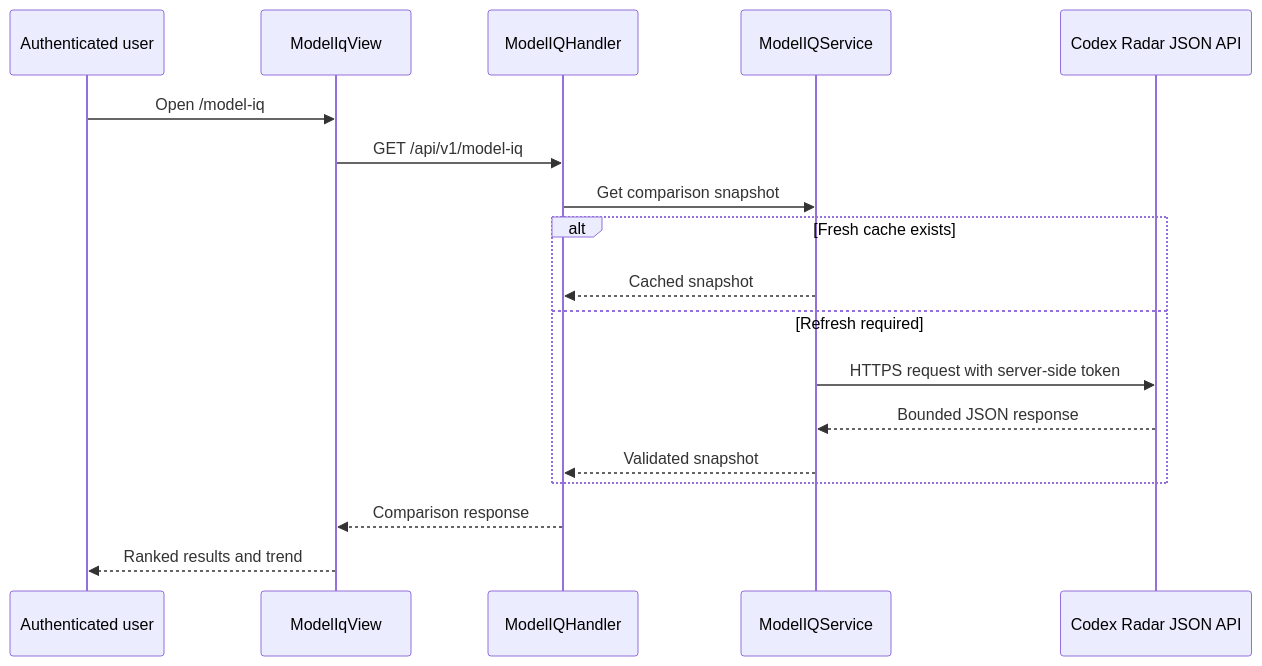
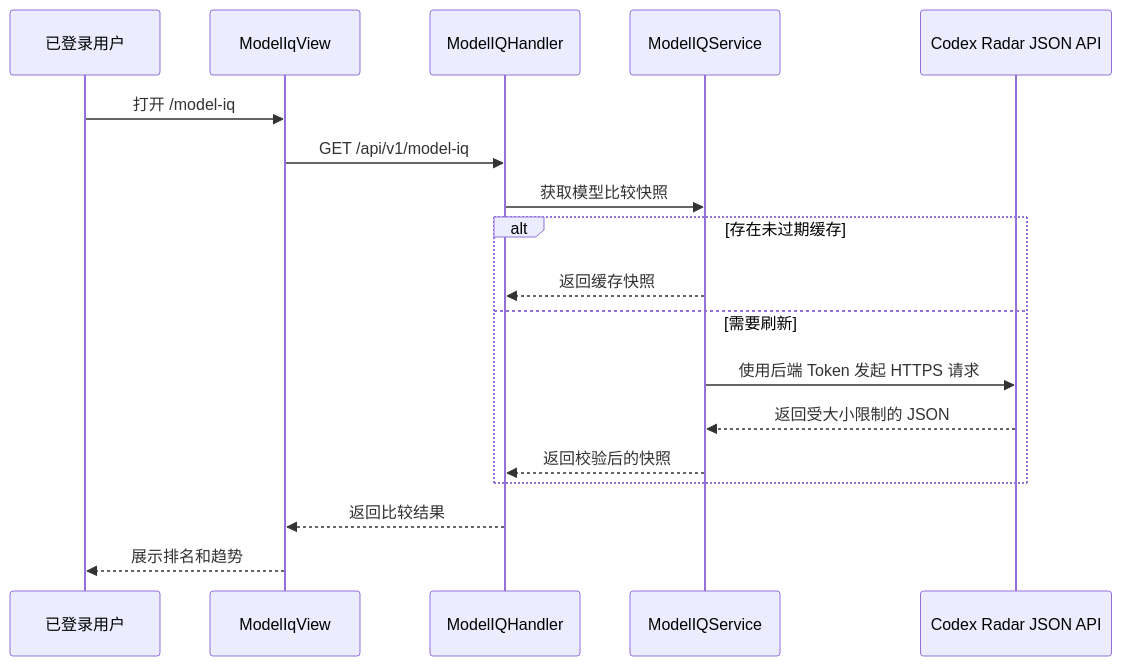
The second of 3 diagrams in README_US.md (Samuka007/sub2api), drawn with Mermaid before and after one commit. The commit also changed other lines of this file, not shown here.

Commit message:
docs: translate private architecture guide to Chinese

````diff
--- a/README_US.md
+++ b/README_US.md
@@ -232,21 +216,21 @@
 ```mermaid
 sequenceDiagram
-    participant U as Authenticated user
+    participant U as 已登录用户
     participant V as ModelIqView
     participant H as ModelIQHandler
     participant S as ModelIQService
     participant C as Codex Radar JSON API
 
-    U->>V: Open /model-iq
+    U->>V: 打开 /model-iq
     V->>H: GET /api/v1/model-iq
-    H->>S: Get comparison snapshot
-    alt Fresh cache exists
-        S-->>H: Cached snapshot
-    else Refresh required
-        S->>C: HTTPS request with server-side token
-        C-->>S: Bounded JSON response
-        S-->>H: Validated snapshot
+    H->>S: 获取模型比较快照
+    alt 存在未过期缓存
+        S-->>H: 返回缓存快照
+    else 需要刷新
+        S->>C: 使用后端 Token 发起 HTTPS 请求
+        C-->>S: 返回受大小限制的 JSON
+        S-->>H: 返回校验后的快照
     end
-    H-->>V: Comparison response
-    V-->>U: Ranked results and trend
+    H-->>V: 返回比较结果
+    V-->>U: 展示排名和趋势
 ```
````
